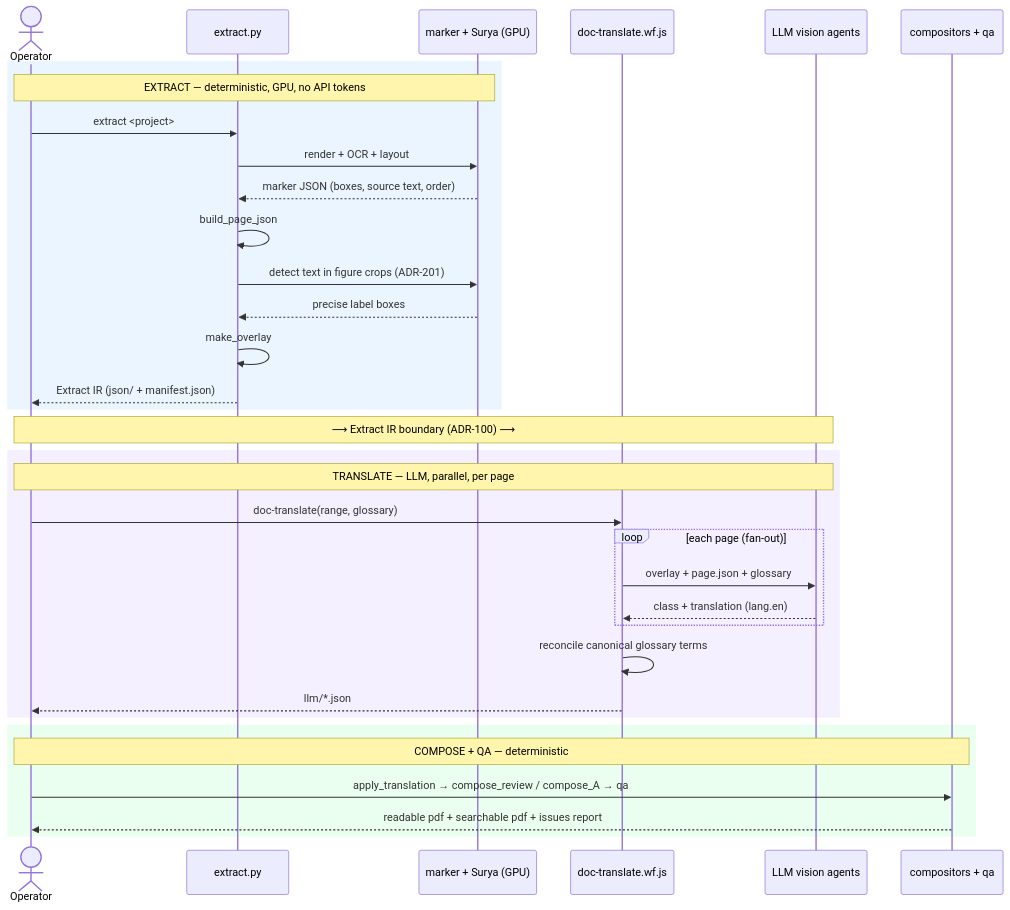
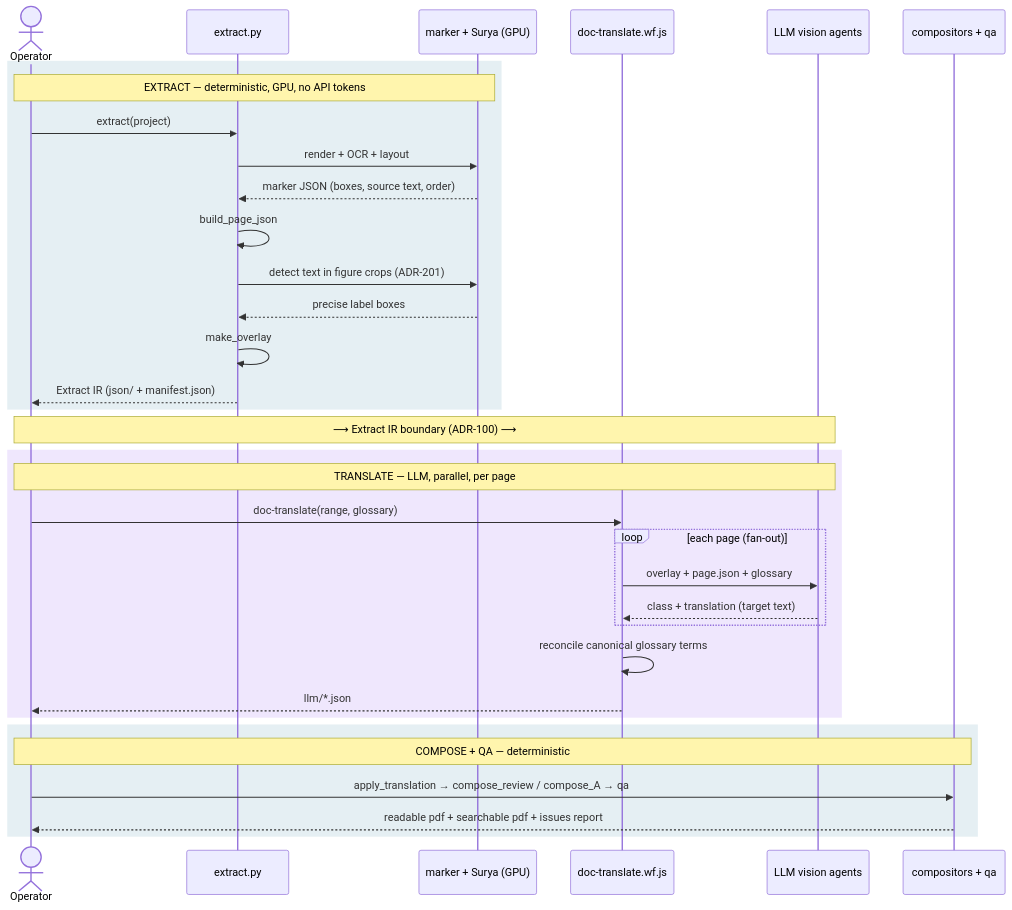
The second of 4 diagrams in docs/PIPELINE.md (aaronsb/palimpsest), drawn with Mermaid before and after one commit. The commit also changed other lines of this file, not shown here.

First line of the commit message:
docs(pipeline): style mermaid diagrams per the Mermaid Way

````diff
--- a/docs/PIPELINE.md
+++ b/docs/PIPELINE.md
@@ -92,40 +104,40 @@
 ```mermaid
 sequenceDiagram
     actor U as Operator
     participant E as extract.py
     participant G as marker + Surya (GPU)
     participant W as doc-translate.wf.js
     participant M as LLM vision agents
     participant C as compositors + qa
 
-    rect rgb(235, 245, 255)
+    rect rgba(45, 125, 154, 0.12)
     note over U,G: EXTRACT — deterministic, GPU, no API tokens
-    U->>E: extract <project>
+    U->>E: extract(project)
     E->>G: render + OCR + layout
     G-->>E: marker JSON (boxes, source text, order)
     E->>E: build_page_json
     E->>G: detect text in figure crops (ADR-201)
     G-->>E: precise label boxes
     E->>E: make_overlay
     E-->>U: Extract IR (json/ + manifest.json)
     end
 
     note over U,M: ⟶ Extract IR boundary (ADR-100) ⟶
 
-    rect rgb(245, 240, 255)
+    rect rgba(124, 58, 237, 0.12)
     note over U,M: TRANSLATE — LLM, parallel, per page
     U->>W: doc-translate(range, glossary)
     loop each page (fan-out)
         W->>M: overlay + page.json + glossary
-        M-->>W: class + translation (lang.en)
+        M-->>W: class + translation (target text)
     end
     W->>W: reconcile canonical glossary terms
     W-->>U: llm/*.json
     end
 
-    rect rgb(235, 255, 240)
+    rect rgba(45, 125, 154, 0.12)
     note over U,C: COMPOSE + QA — deterministic
     U->>C: apply_translation → compose_review / compose_A → qa
     C-->>U: readable pdf + searchable pdf + issues report
     end
 ```
````
